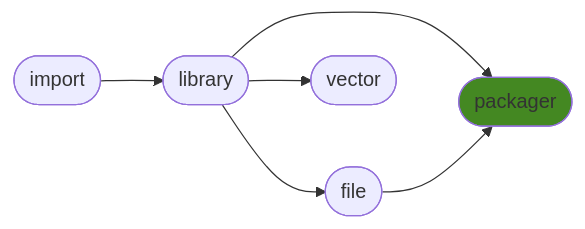
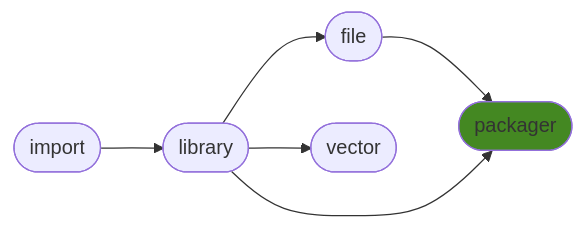
One commit to ManderaGeneral/generalpackager changed the diagram in README.md. Above: the diagram before and after it, drawn with Mermaid. The commit also changed other lines of this file, not shown here.

````diff
--- a/README.md
+++ b/README.md
@@ -16,14 +16,14 @@
 ```mermaid
 flowchart LR
+2([file]) --> 4([packager])
+1([library]) --> 3([vector])
 1([library]) --> 4([packager])
-1([library]) --> 3([vector])
+0([import]) --> 1([library])
 1([library]) --> 2([file])
-0([import]) --> 1([library])
-2([file]) --> 4([packager])
 click 0 "https://github.com/ManderaGeneral/generalimport"
 click 1 "https://github.com/ManderaGeneral/generallibrary"
 click 2 "https://github.com/ManderaGeneral/generalfile"
 click 3 "https://github.com/ManderaGeneral/generalvector"
 click 4 "https://github.com/ManderaGeneral/generalpackager"
 style 4 fill:#482
 ```
````
